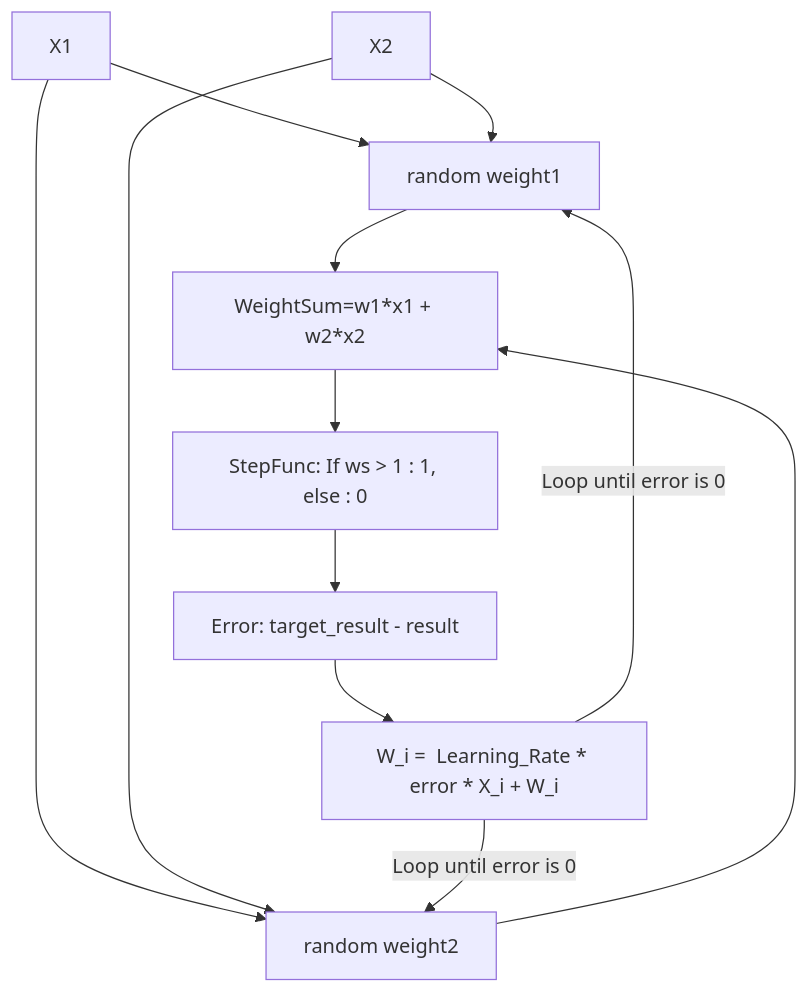
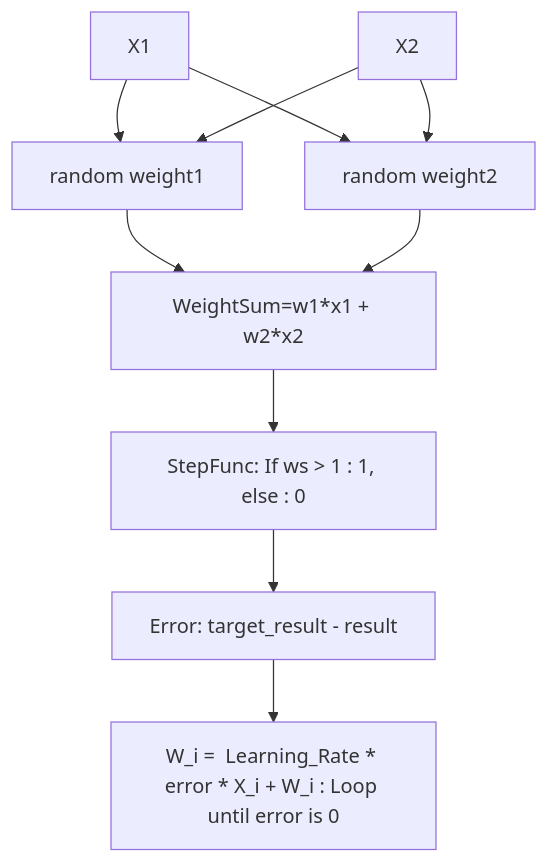
Before and after one commit to mulefish/ts_ref: the diagram in README.md, drawn with Mermaid.

Commit message:
Markdown is hard

````diff
--- a/README.md
+++ b/README.md
@@ -33,24 +33,22 @@
 ```mermaid
 flowchart TD
 x1[X1]
 x2[X2]
 w1[random weight1 ]
 w2[random weight2 ]
 calc[WeightSum=w1*x1 + w2*x2]
 step[StepFunc: If ws > 1 : 1, else : 0]
 error[Error: target_result - result ]
-adjust[W_i =  Learning_Rate * error * X_i + W_i ]
+adjust[W_i =  Learning_Rate * error * X_i + W_i : Loop until error is 0 ]
 
 x1 --> w1 
 x1 --> w2 
 x2 --> w1
 x2 --> w2
 w1 -->calc
 w2 -->calc
 calc --> step
 step --> error
 error --> adjust
-adjust -- Loop until error is 0 --> w1
-adjust -- Loop until error is 0 --> w2
 
 ```
````
